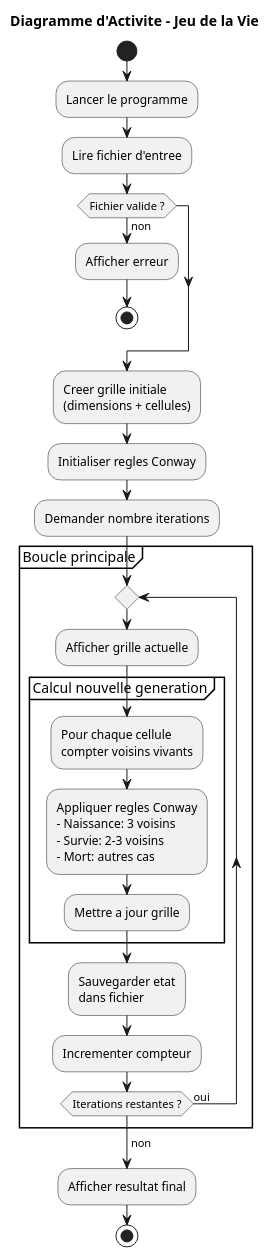
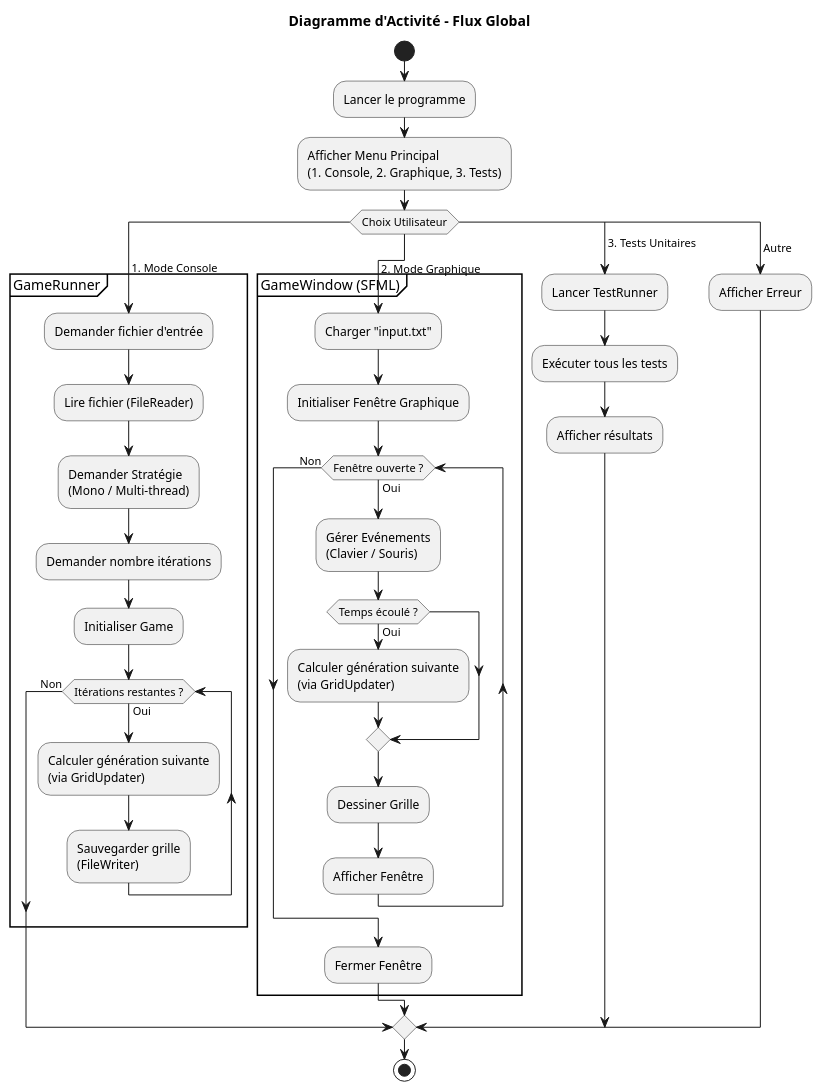
Before and after one commit to BenCsn-sudo/Projet-Jeu-de-la-vie---Programmation-Orient-Objet-POO-: the diagram in Diagrammes_UML/Diagramme_activite.puml, drawn with PlantUML. The commit also changed 5 other files, not shown here.

```diff
--- a/Diagrammes_UML/Diagramme_activite.puml
+++ b/Diagrammes_UML/Diagramme_activite.puml
@@ -1,45 +1,63 @@
 @startuml
-title Diagramme d'Activite - Jeu de la Vie
+title Diagramme d'Activité - Flux Global
 
 start
 
 :Lancer le programme;
 
-:Lire fichier d'entree;
+:Afficher Menu Principal
+(1. Console, 2. Graphique, 3. Tests);
 
-if (Fichier valide ?) then (non)
-  :Afficher erreur;
-  stop
-endif
+switch (Choix Utilisateur)
 
-:Creer grille initiale\n(dimensions + cellules);
+case ( 1. Mode Console )
+    partition "GameRunner" {
+        :Demander fichier d'entrée;
+        :Lire fichier (FileReader);
+        :Demander Stratégie
+        (Mono / Multi-thread);
+        :Demander nombre itérations;
+        
+        :Initialiser Game;
+        
+        while (Itérations restantes ?) is (Oui)
+            :Calculer génération suivante
+            (via GridUpdater);
+            :Sauvegarder grille
+            (FileWriter);
+        endwhile (Non)
+    }
 
-:Initialiser regles Conway;
+case ( 2. Mode Graphique )
+    partition "GameWindow (SFML)" {
+        :Charger "input.txt";
+        :Initialiser Fenêtre Graphique;
+        
+        while (Fenêtre ouverte ?) is (Oui)
+            :Gérer Evénements
+            (Clavier / Souris);
+            
+            if (Temps écoulé ?) then (Oui)
+                :Calculer génération suivante
+                (via GridUpdater);
+            endif
+            
+            :Dessiner Grille;
+            :Afficher Fenêtre;
+        endwhile (Non)
+        :Fermer Fenêtre;
+    }
 
-:Demander nombre iterations;
+case ( 3. Tests Unitaires )
+    :Lancer TestRunner;
+    :Exécuter tous les tests;
+    :Afficher résultats;
 
-partition "Boucle principale" {
-  repeat
-    :Afficher grille actuelle;
-    
-    partition "Calcul nouvelle generation" {
-      :Pour chaque cellule\ncompter voisins vivants;
-      
-      :Appliquer regles Conway\n- Naissance: 3 voisins\n- Survie: 2-3 voisins\n- Mort: autres cas;
-      
-      :Mettre a jour grille;
-    }
-    
-    :Sauvegarder etat\ndans fichier;
-    
-    :Incrementer compteur;
-    
-  repeat while (Iterations restantes ?) is (oui)
-  -> non;
-}
+case ( Autre )
+    :Afficher Erreur;
 
-:Afficher resultat final;
+endswitch
 
 stop
 
 @enduml
```
